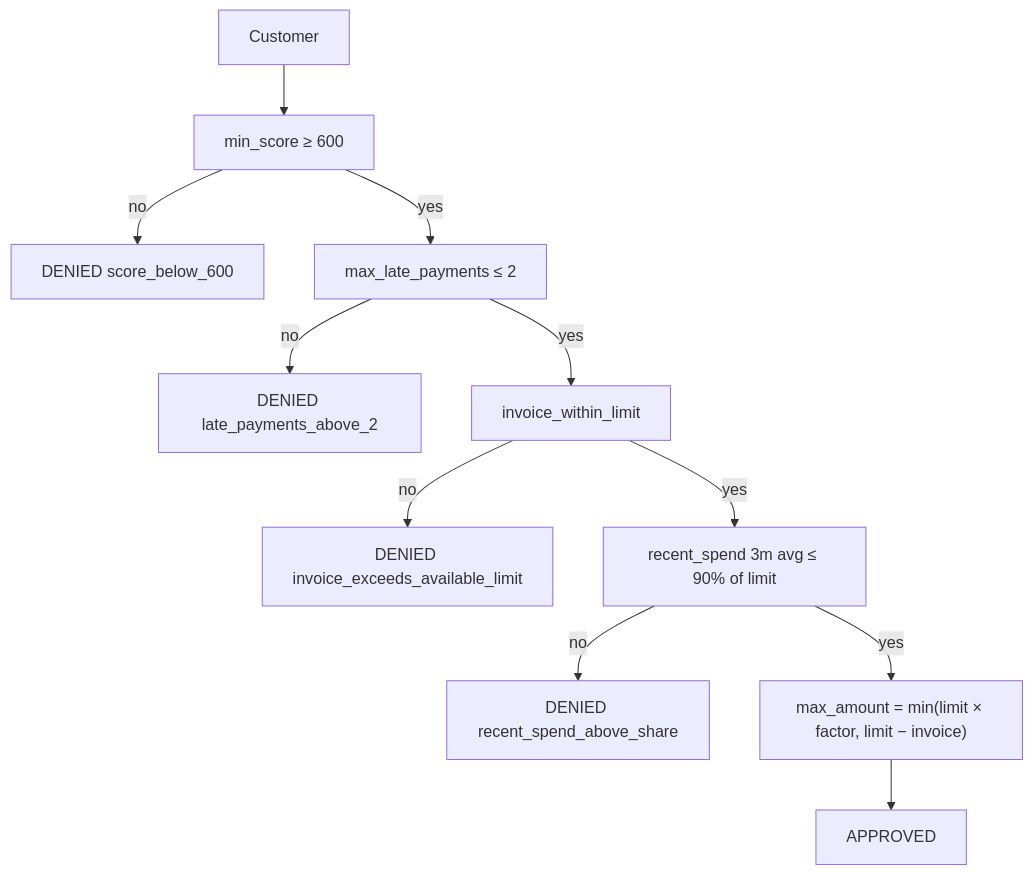
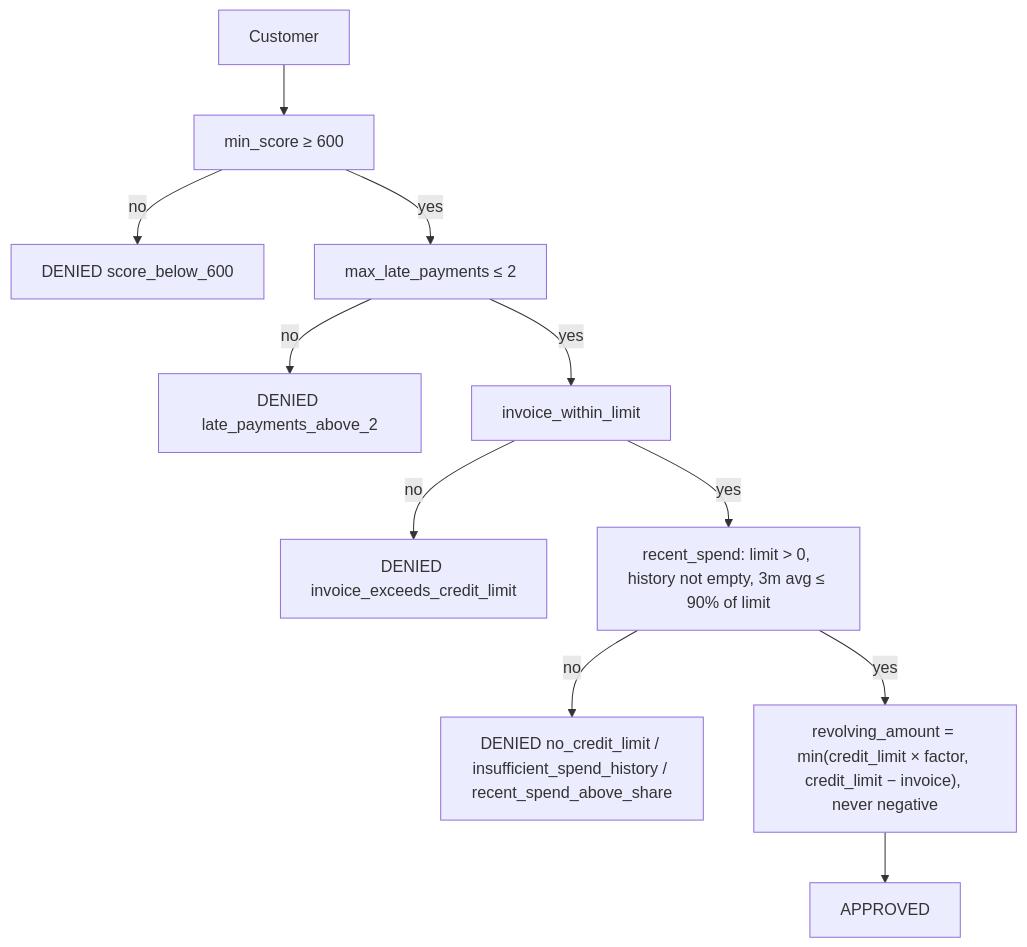
One commit to vitoladev/credit-card-engine changed the third of 3 diagrams in docs/architecture.md. Above: the diagram before and after it, drawn with Mermaid. The commit also changed other lines of this file and 27 other files, not shown here.

First line of the commit message:
feat(engine): validate customers, rename credit limit, extract amount policy

````diff
--- a/docs/architecture.md
+++ b/docs/architecture.md
@@ -107,13 +139,13 @@
 ```mermaid
 flowchart TD
   in["Customer"] --> s["min_score ≥ 600"]
   s -->|no| d1["DENIED score_below_600"]
   s -->|yes| l["max_late_payments ≤ 2"]
   l -->|no| d2["DENIED late_payments_above_2"]
   l -->|yes| i["invoice_within_limit"]
-  i -->|no| d3["DENIED invoice_exceeds_available_limit"]
-  i -->|yes| g["recent_spend 3m avg ≤ 90% of limit"]
-  g -->|no| d4["DENIED recent_spend_above_share"]
-  g -->|yes| amt["max_amount = min(limit × factor, limit − invoice)"]
+  i -->|no| d3["DENIED invoice_exceeds_credit_limit"]
+  i -->|yes| g["recent_spend: limit > 0, history not empty, 3m avg ≤ 90% of limit"]
+  g -->|no| d4["DENIED no_credit_limit / insufficient_spend_history / recent_spend_above_share"]
+  g -->|yes| amt["revolving_amount = min(credit_limit × factor, credit_limit − invoice), never negative"]
   amt --> ok["APPROVED"]
 ```
````
